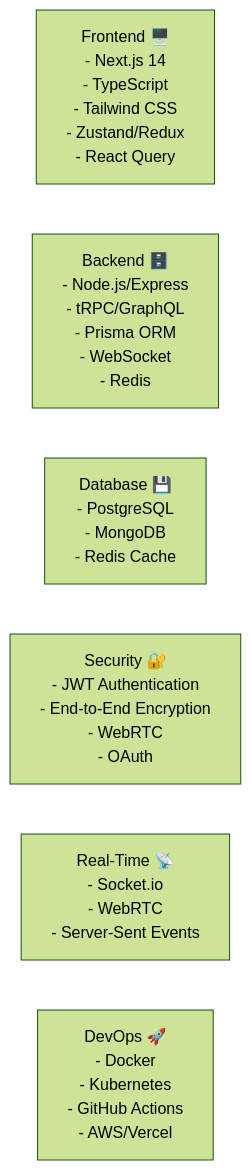
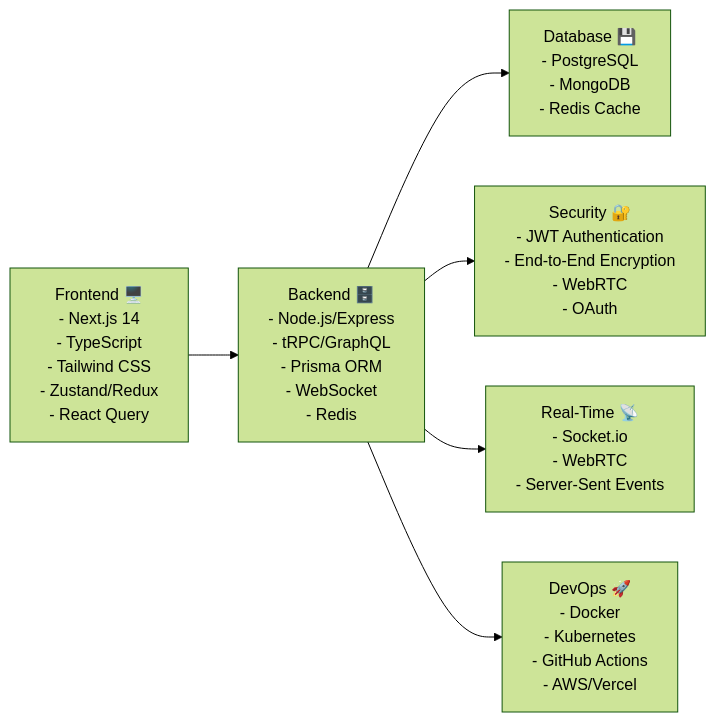
Before and after one commit to rahulhingve/SecureSync: the second of 2 diagrams in README.md, drawn with Mermaid (forest theme).

Commit message:
fixed flowchart

````diff
--- a/README.md
+++ b/README.md
@@ -35,39 +35,9 @@
 ```mermaid
 
 flowchart LR
-    Frontend["Frontend 🖥️
-    - Next.js 14
-    - TypeScript
-    - Tailwind CSS
-    - Zustand/Redux
-    - React Query"]
-    
-    Backend["Backend 🗄️
-    - Node.js/Express
-    - tRPC/GraphQL
-    - Prisma ORM
-    - WebSocket
-    - Redis"]
-    
-    Database["Database 💾
-    - PostgreSQL
-    - MongoDB
-    - Redis Cache"]
-    
-    Security["Security 🔐
-    - JWT Authentication
-    - End-to-End Encryption
-    - WebRTC
-    - OAuth"]
-    
-    RealTime["Real-Time 📡
-    - Socket.io
-    - WebRTC
-    - Server-Sent Events"]
-    
-    Deploy["DevOps 🚀
-    - Docker
-    - Kubernetes
-    - GitHub Actions
-    - AWS/Vercel"]
+    Frontend["Frontend 🖥️<br>- Next.js 14<br>- TypeScript<br>- Tailwind CSS<br>- Zustand/Redux<br>- React Query"] --> Backend["Backend 🗄️<br>- Node.js/Express<br>- tRPC/GraphQL<br>- Prisma ORM<br>- WebSocket<br>- Redis"]
+    Backend --> Database["Database 💾<br>- PostgreSQL<br>- MongoDB<br>- Redis Cache"]
+    Backend --> Security["Security 🔐<br>- JWT Authentication<br>- End-to-End Encryption<br>- WebRTC<br>- OAuth"]
+    Backend --> RealTime["Real-Time 📡<br>- Socket.io<br>- WebRTC<br>- Server-Sent Events"]
+    Backend --> Deploy["DevOps 🚀<br>- Docker<br>- Kubernetes<br>- GitHub Actions<br>- AWS/Vercel"]
 ```
````
